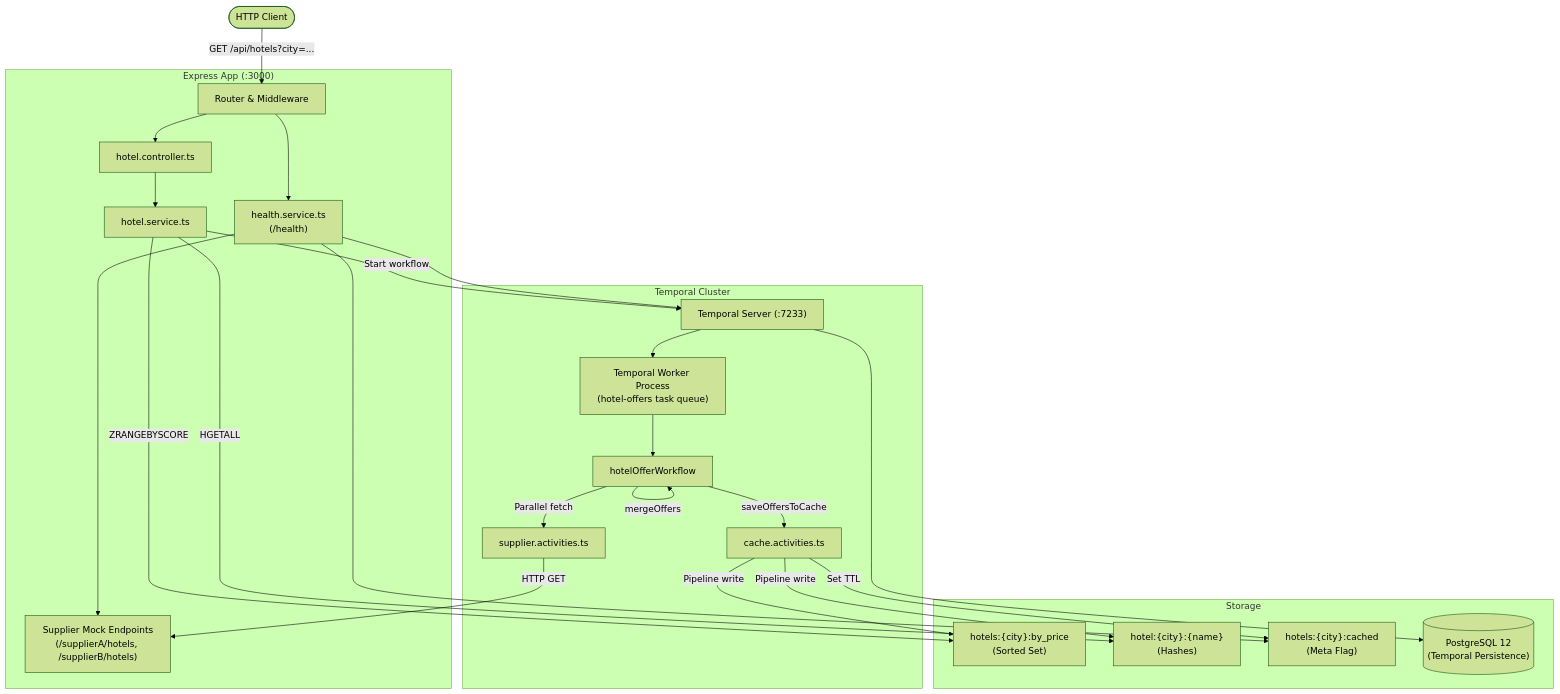
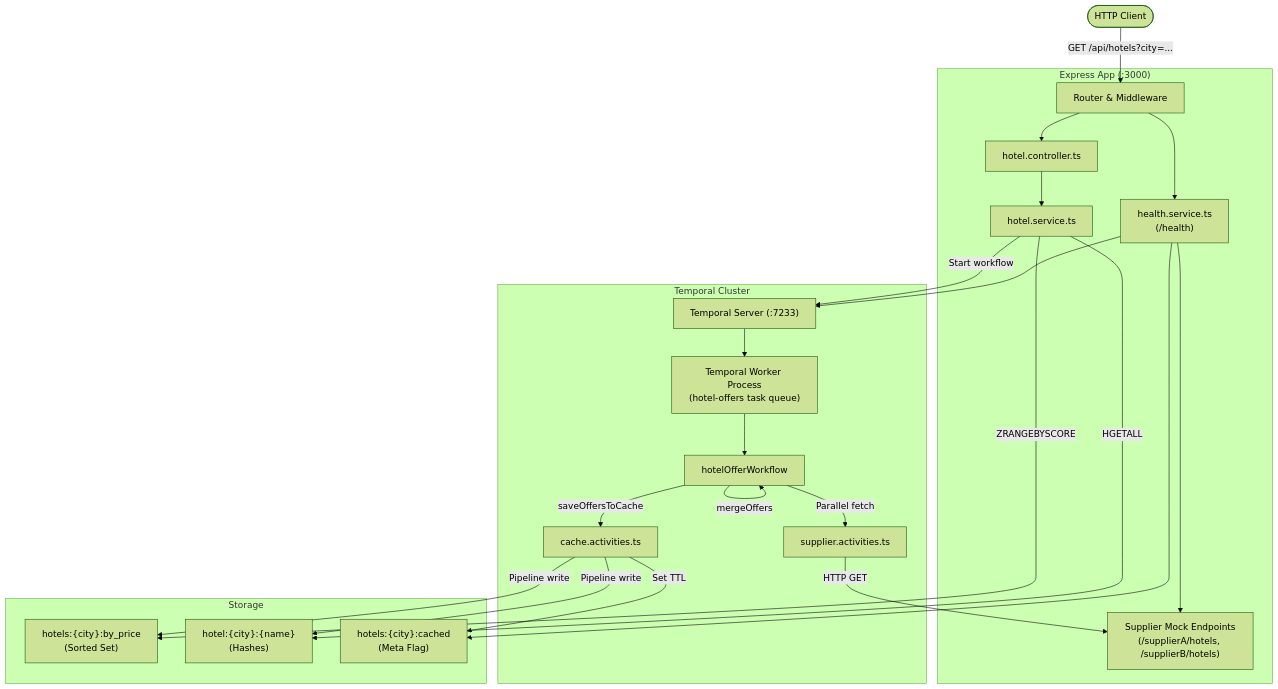
The diagram in hotel-offer-orchestrator/README.md (bhavesh6119/Hotel-Offer-Orchestrator-Assesment), drawn with Mermaid (forest theme) before and after one commit. The commit also changed other lines of this file and 3 other files, not shown here.

````diff
--- a/hotel-offer-orchestrator/README.md
+++ b/hotel-offer-orchestrator/README.md
@@ -7,50 +7,48 @@
 ```mermaid
 flowchart TD
     Client(["HTTP Client"])
     
     subgraph ExpressApp ["Express App (:3000)"]
         Router["Router & Middleware"]
         HotelCtrl["hotel.controller.ts"]
         HotelSvc["hotel.service.ts"]
         SupplierMock["Supplier Mock Endpoints\n(/supplierA/hotels, /supplierB/hotels)"]
         HealthSvc["health.service.ts\n(/health)"]
     end
 
     subgraph TemporalCluster ["Temporal Cluster"]
         TemporalServer["Temporal Server (:7233)"]
         Worker["Temporal Worker Process\n(hotel-offers task queue)"]
         Workflow["hotelOfferWorkflow"]
         SupplierActs["supplier.activities.ts"]
         CacheActs["cache.activities.ts"]
     end
 
     subgraph Storage ["Storage"]
         RedisZSet["hotels:{city}:by_price\n(Sorted Set)"]
         RedisHash["hotel:{city}:{name}\n(Hashes)"]
         RedisMeta["hotels:{city}:cached\n(Meta Flag)"]
-        PostgresDB[("PostgreSQL 12\n(Temporal Persistence)")]
     end
 
     Client -->|"GET /api/hotels?city=..."| Router
     Router --> HotelCtrl --> HotelSvc
     
     HotelSvc -->|"Start workflow"| TemporalServer
     TemporalServer --> Worker
     Worker --> Workflow
     Workflow -->|"Parallel fetch"| SupplierActs
     SupplierActs -->|"HTTP GET"| SupplierMock
     Workflow -->|"mergeOffers"| Workflow
     Workflow -->|"saveOffersToCache"| CacheActs
     CacheActs -->|"Pipeline write"| RedisZSet
     CacheActs -->|"Pipeline write"| RedisHash
     CacheActs -->|"Set TTL"| RedisMeta
     
     HotelSvc -->|"ZRANGEBYSCORE"| RedisZSet
     HotelSvc -->|"HGETALL"| RedisHash
 
-    TemporalServer --> PostgresDB
     Router --> HealthSvc
     HealthSvc --> RedisMeta
     HealthSvc --> TemporalServer
     HealthSvc --> SupplierMock
 ```
````
